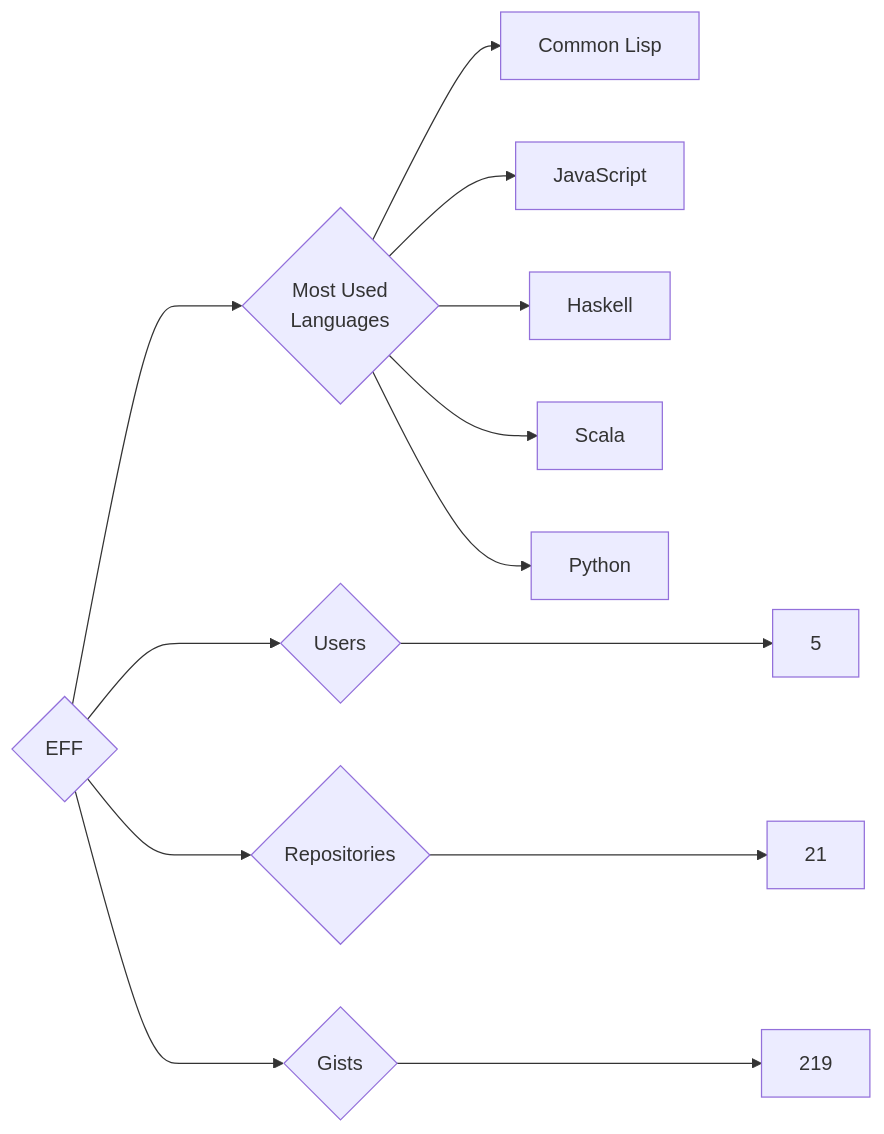
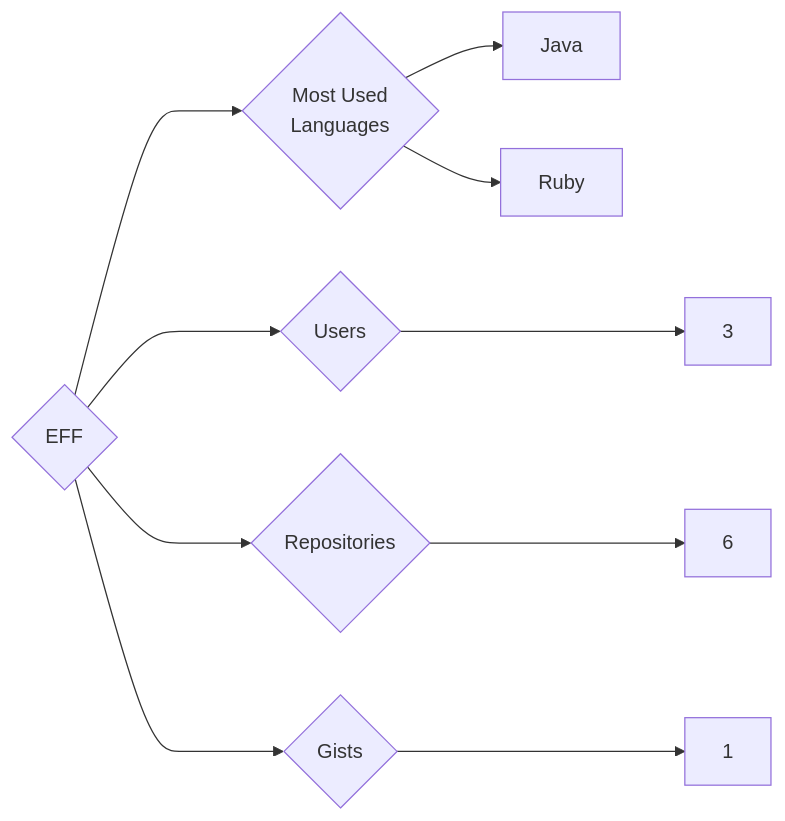
Before and after one commit to trickest/insiders: the diagram in targets/EFF/README.md, drawn with Mermaid. The commit also changed 611 other files, not shown here.

````diff
--- a/targets/EFF/README.md
+++ b/targets/EFF/README.md
@@ -3,13 +3,10 @@
 ```mermaid
 graph LR
 COMPANY_NAME{EFF}
-COMPANY_NAME ---> U{Users} ---> UN[5]
-COMPANY_NAME ---> R{Repositories} ---> RN[21]
-COMPANY_NAME ---> G{Gists} ---> GN[219]
+COMPANY_NAME ---> U{Users} ---> UN[3]
+COMPANY_NAME ---> R{Repositories} ---> RN[6]
+COMPANY_NAME ---> G{Gists} ---> GN[1]
 COMPANY_NAME ---> ML{Most Used<br>Languages}
-ML --> Common_Lisp[Common Lisp]
-ML --> JavaScript[JavaScript]
-ML --> Haskell[Haskell]
-ML --> Scala[Scala]
-ML --> Python[Python]
+ML --> Java[Java]
+ML --> Ruby[Ruby]
 ```
````
